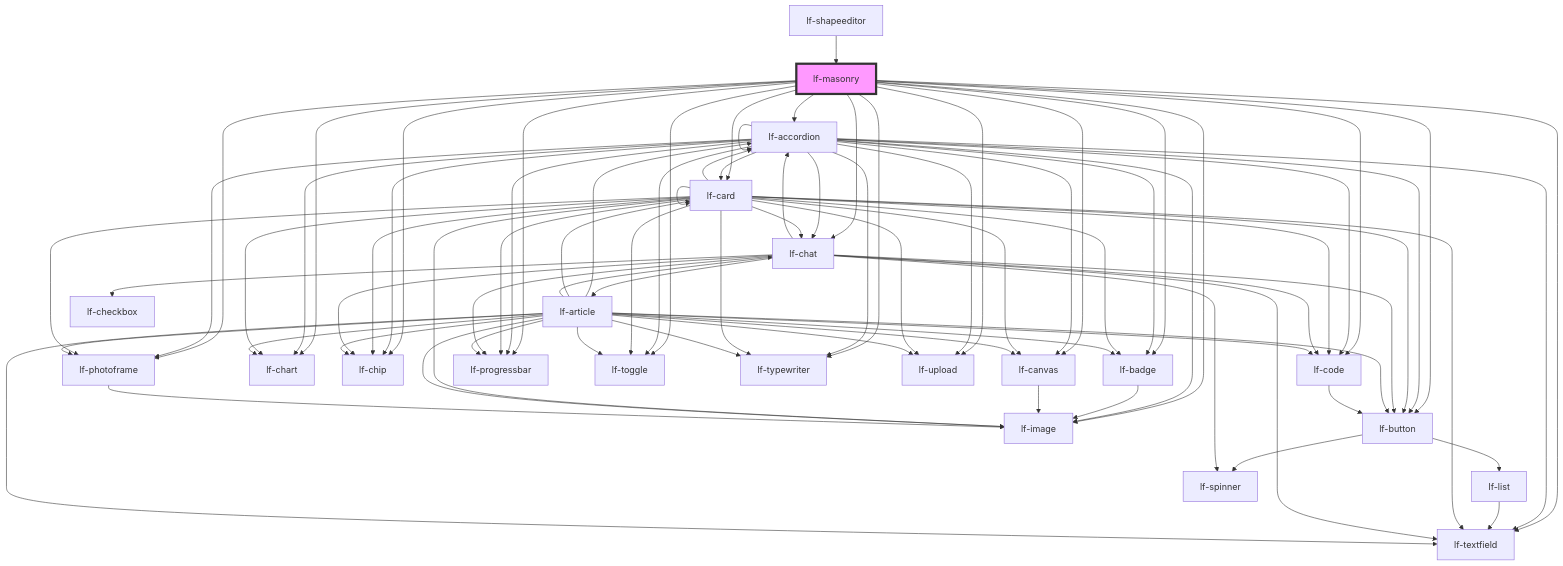
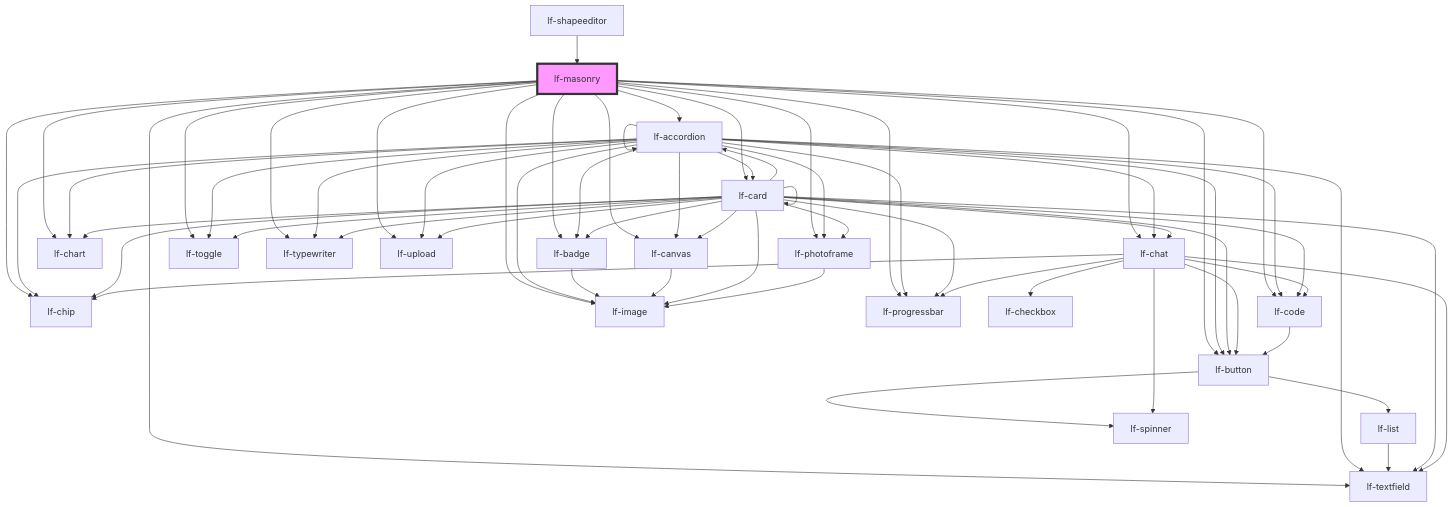
One commit to lucafoscili/lf-widgets changed the diagram in packages/core/src/components/lf-masonry/readme.md. Above: the diagram before and after it, drawn with Mermaid. The commit also changed 21 other files, not shown here.

```diff
--- a/packages/core/src/components/lf-masonry/readme.md
+++ b/packages/core/src/components/lf-masonry/readme.md
@@ -227,31 +227,13 @@
   lf-card --> lf-toggle
   lf-card --> lf-typewriter
   lf-card --> lf-upload
-  lf-chat --> lf-spinner
-  lf-chat --> lf-article
-  lf-chat --> lf-accordion
   lf-chat --> lf-chip
   lf-chat --> lf-button
   lf-chat --> lf-textfield
+  lf-chat --> lf-spinner
   lf-chat --> lf-code
   lf-chat --> lf-progressbar
   lf-chat --> lf-checkbox
-  lf-article --> lf-accordion
-  lf-article --> lf-badge
-  lf-article --> lf-button
-  lf-article --> lf-canvas
-  lf-article --> lf-card
-  lf-article --> lf-chart
-  lf-article --> lf-chat
-  lf-article --> lf-chip
-  lf-article --> lf-code
-  lf-article --> lf-image
-  lf-article --> lf-photoframe
-  lf-article --> lf-progressbar
-  lf-article --> lf-textfield
-  lf-article --> lf-toggle
-  lf-article --> lf-typewriter
-  lf-article --> lf-upload
   lf-code --> lf-button
   lf-photoframe --> lf-image
   lf-shapeeditor --> lf-masonry
```
